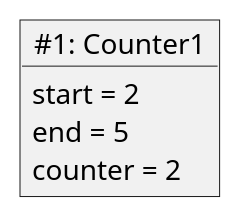
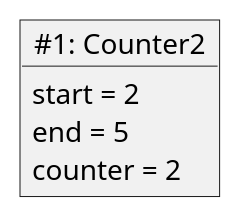
The diagram in src/stateandbehavior/counter/Counter2-object.plantuml (hallvard/java-eksempler), drawn with PlantUML before and after one commit. The commit also changed 5 other files, not shown here.

```diff
--- a/src/stateandbehavior/counter/Counter2-object.plantuml
+++ b/src/stateandbehavior/counter/Counter2-object.plantuml
@@ -1,7 +1,7 @@
 @startuml
-object "~#1: Counter1" as counter1 {
+object "~#1: Counter2" as counter1 {
 	start = 2
 	end = 5
 	counter = 2
 }
 @enduml
```
